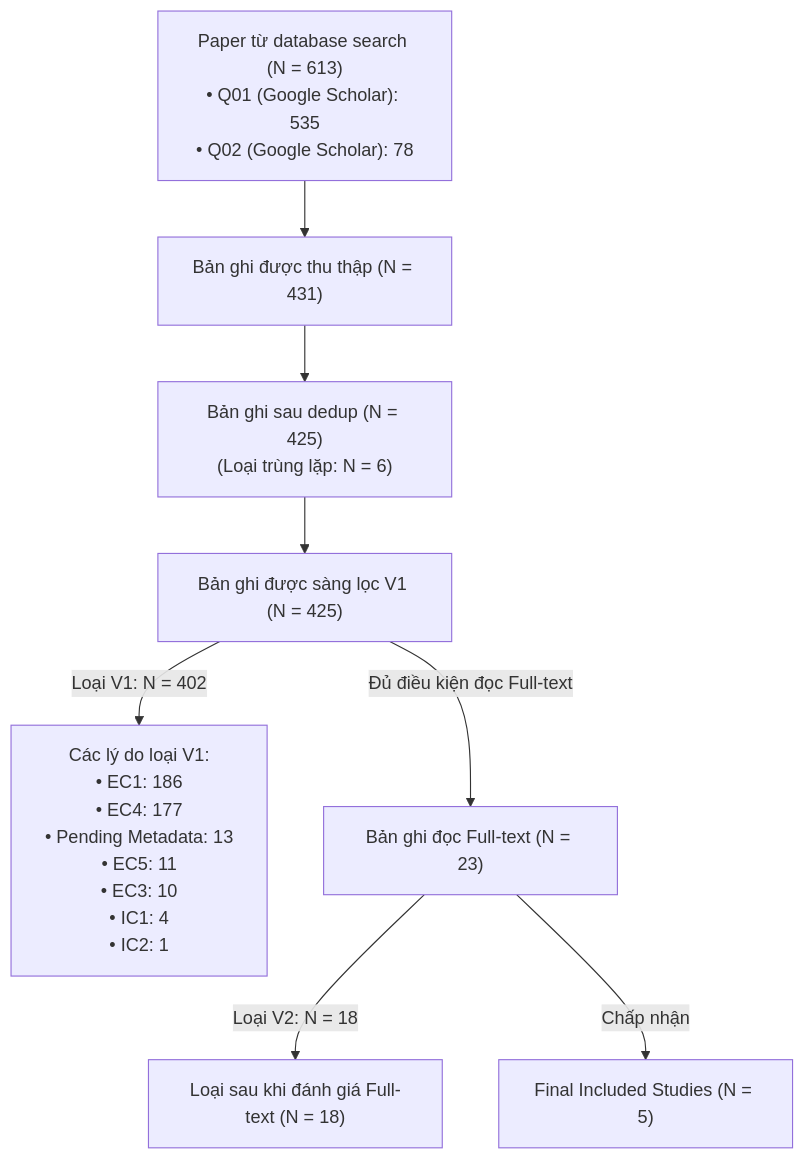
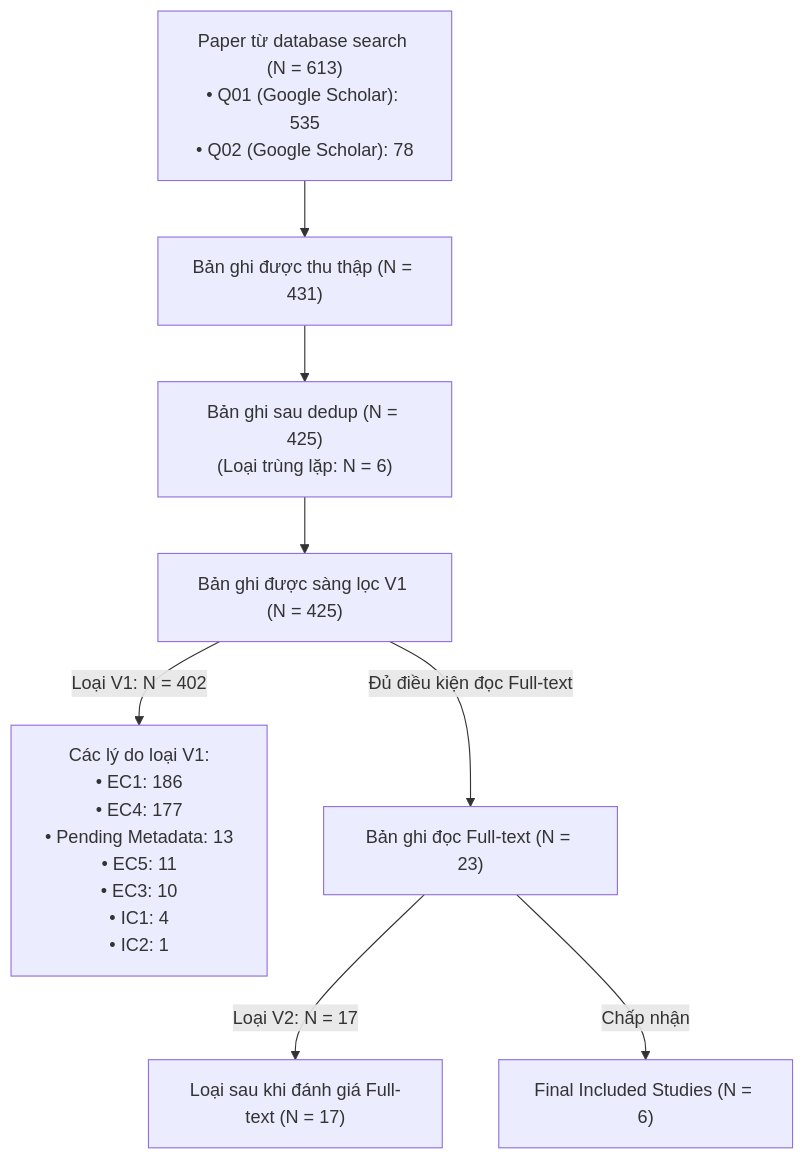
The diagram in minh_quang/SLR/prisma-flow.md (QuangWorkIT/RBL_ScamShield), drawn with Mermaid before and after one commit. The commit also changed other lines of this file and 14 other files, not shown here.

````diff
--- a/minh_quang/SLR/prisma-flow.md
+++ b/minh_quang/SLR/prisma-flow.md
@@ -23,10 +23,10 @@
 ```mermaid
 flowchart TD
     A["Paper từ database search (N = 613)<br/>• Q01 (Google Scholar): 535<br/>• Q02 (Google Scholar): 78"] --> B["Bản ghi được thu thập (N = 431)"]
     B --> C["Bản ghi sau dedup (N = 425)<br/>(Loại trùng lặp: N = 6)"]
     C --> D["Bản ghi được sàng lọc V1 (N = 425)"]
     D -->|Loại V1: N = 402| E["Các lý do loại V1:<br/>• EC1: 186<br/>• EC4: 177<br/>• Pending Metadata: 13<br/>• EC5: 11<br/>• EC3: 10<br/>• IC1: 4<br/>• IC2: 1"]
     D -->|Đủ điều kiện đọc Full-text| F["Bản ghi đọc Full-text (N = 23)"]
-    F -->|Loại V2: N = 18| G["Loại sau khi đánh giá Full-text (N = 18)"]
-    F -->|Chấp nhận| H["Final Included Studies (N = 5)"]
+    F -->|Loại V2: N = 17| G["Loại sau khi đánh giá Full-text (N = 17)"]
+    F -->|Chấp nhận| H["Final Included Studies (N = 6)"]
 ```
````
